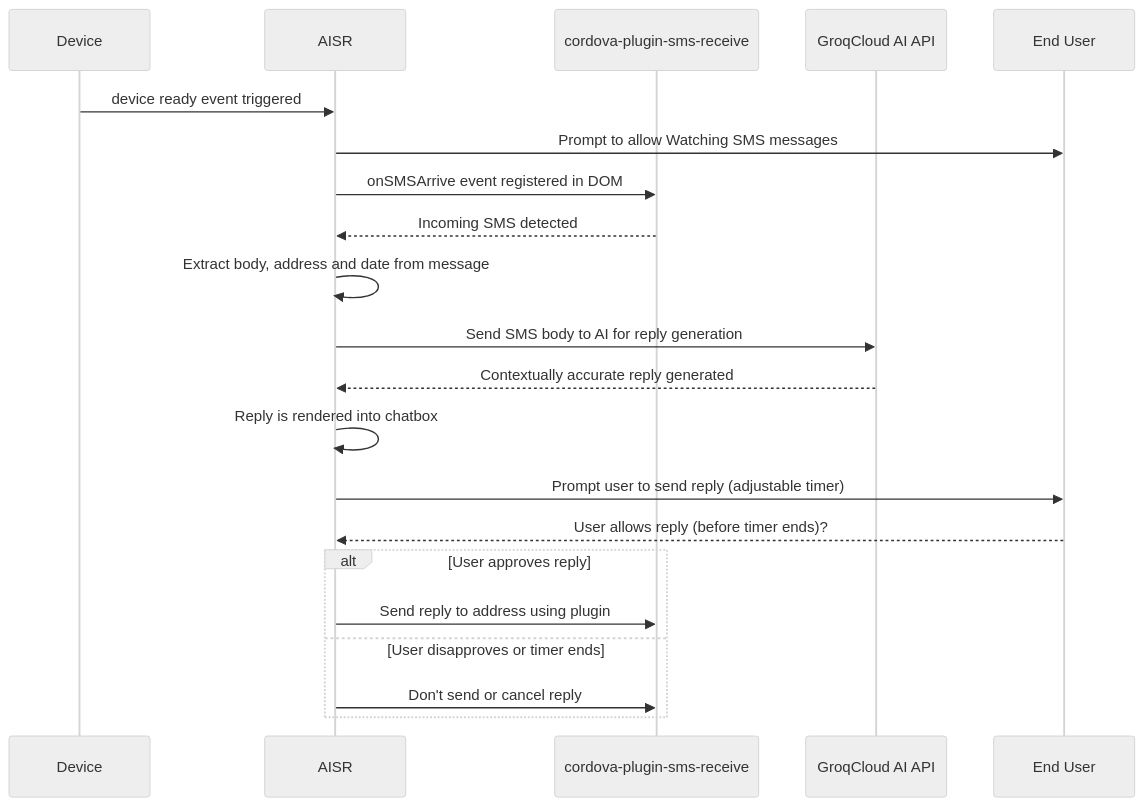
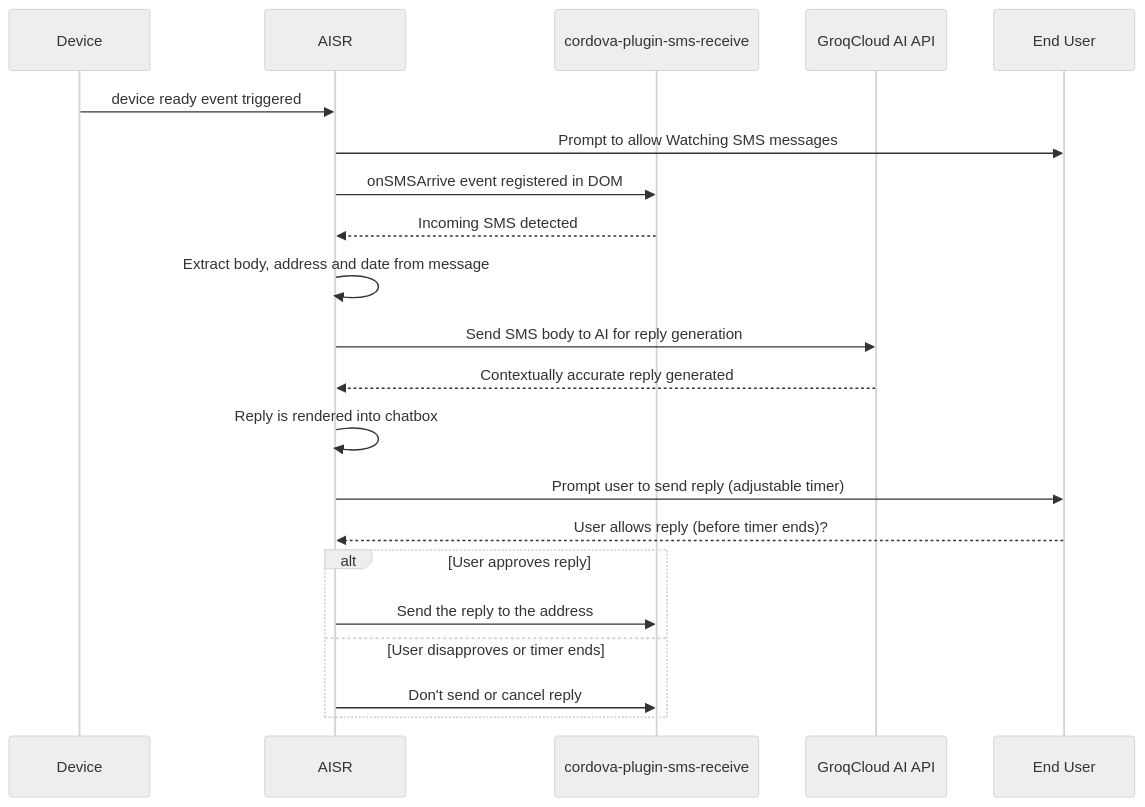
One commit to MurageKabui/AISR changed the diagram in README.md. Above: the diagram before and after it, drawn with Mermaid (neutral theme).

````diff
--- a/README.md
+++ b/README.md
@@ -17,24 +17,24 @@
 ```mermaid
 sequenceDiagram
     participant Device as Device
     participant CordovaApp as AISR
     participant SMSReceive as cordova-plugin-sms-receive
     participant AI as GroqCloud AI API
     participant User as End User
 
     Device->>CordovaApp: device ready event triggered
     CordovaApp->>User: Prompt to allow Watching SMS messages
     CordovaApp->>SMSReceive: onSMSArrive event registered in DOM
     SMSReceive-->>CordovaApp: Incoming SMS detected
     CordovaApp->>CordovaApp: Extract body, address and date from message
     CordovaApp->>AI: Send SMS body to AI for reply generation
     AI-->>CordovaApp: Contextually accurate reply generated
     CordovaApp->>CordovaApp: Reply is rendered into chatbox
     CordovaApp->>User: Prompt user to send reply (adjustable timer)
     User-->>CordovaApp: User allows reply (before timer ends)?
     alt User approves reply
-        CordovaApp->>SMSReceive: Send reply to address using plugin
+        CordovaApp->>SMSReceive: Send the reply to the address
     else User disapproves or timer ends
         CordovaApp->>SMSReceive: Don't send or cancel reply
     end
 ```
````
